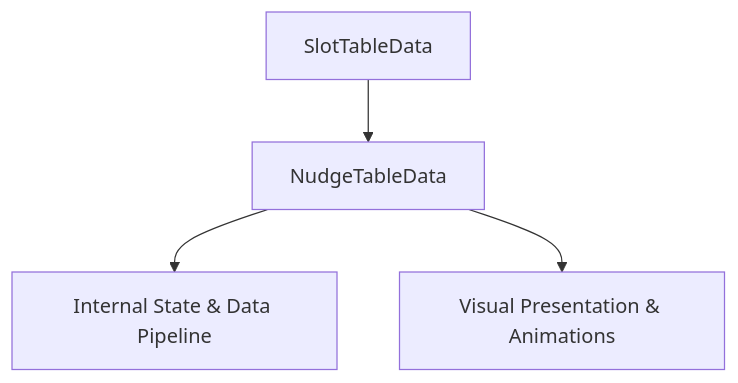
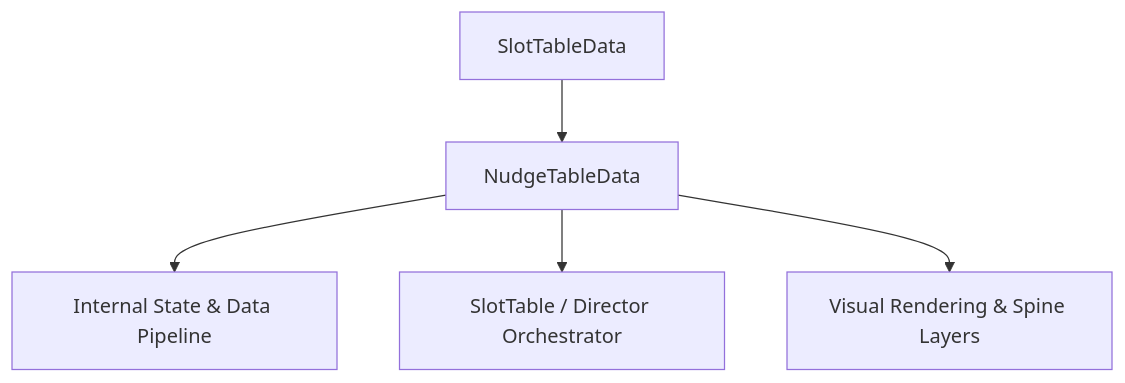
One commit to lam-ark/mcp-fwcc changed the diagram in docs/cc_slot_mechanics/modules/NudgeTableData/01_overview/01_architecture_and_role.md. Above: the diagram before and after it, drawn with Mermaid. The commit also changed other lines of this file and 2509 other files, not shown here.

````diff
--- a/docs/cc_slot_mechanics/modules/NudgeTableData/01_overview/01_architecture_and_role.md
+++ b/docs/cc_slot_mechanics/modules/NudgeTableData/01_overview/01_architecture_and_role.md
@@ -18,6 +24,7 @@
 ```mermaid
 graph TD
-    Parent[SlotTableData] --> Mod[NudgeTableData]
-    Mod --> State[Internal State & Data Pipeline]
-    Mod --> Render[Visual Presentation & Animations]
+    SuperClass[SlotTableData] --> TargetClass[NudgeTableData]
+    TargetClass --> DataPipeline[Internal State & Data Pipeline]
+    TargetClass --> Orchestrator[SlotTable / Director Orchestrator]
+    TargetClass --> ViewLayer[Visual Rendering & Spine Layers]
 ```
````
